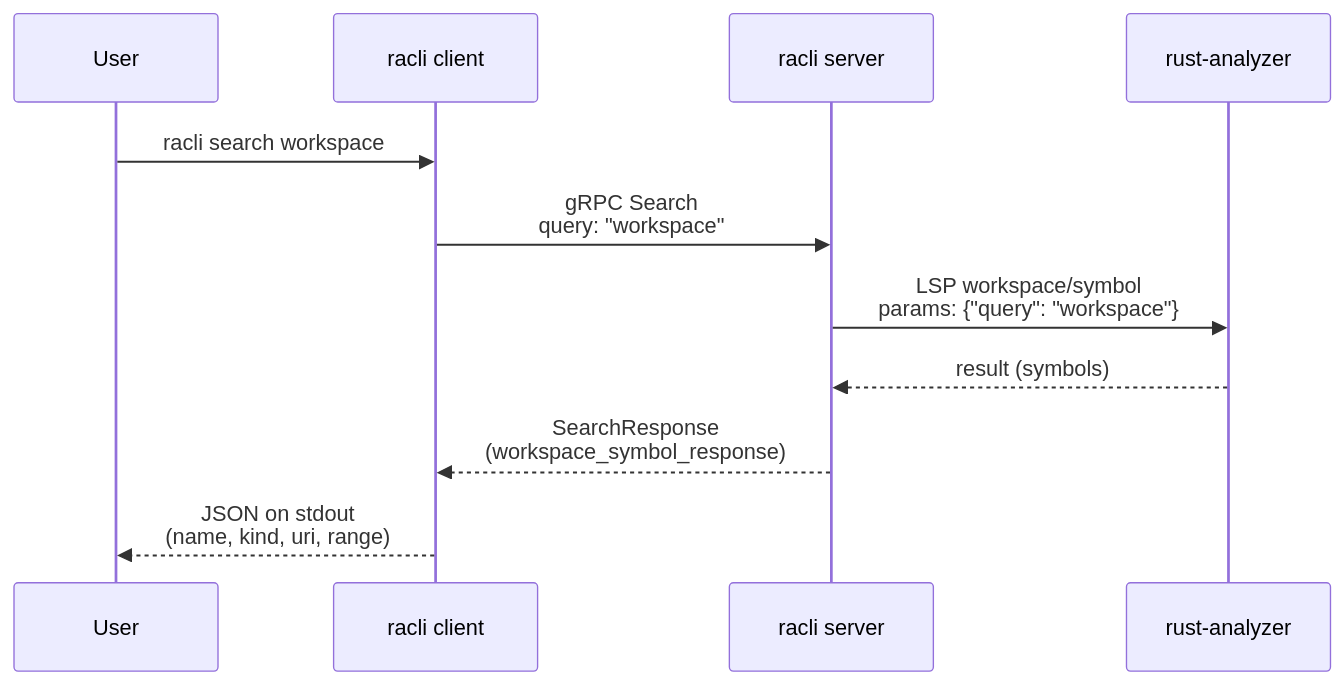
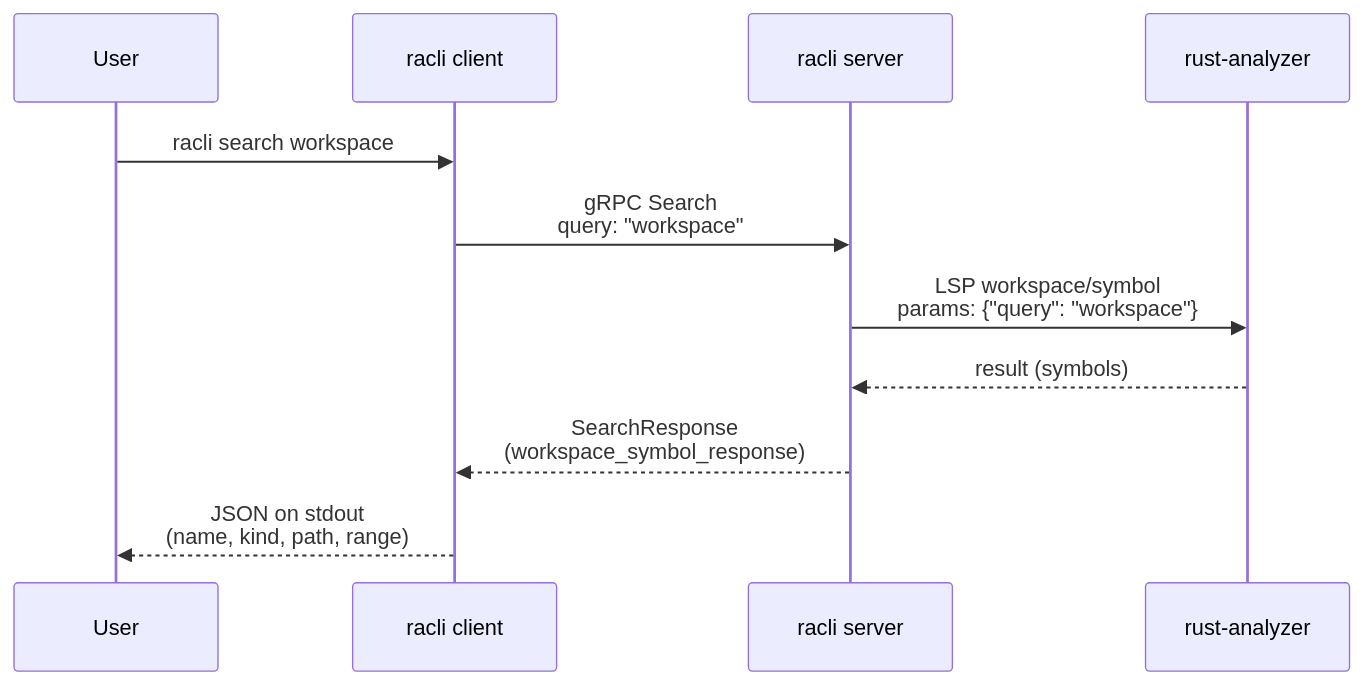
One commit to aisrael/racli changed the second of 6 diagrams in docs/high-level-architecture.md. Above: the diagram before and after it, drawn with Mermaid. The commit also changed 13 other files, not shown here.

````diff
--- a/docs/high-level-architecture.md
+++ b/docs/high-level-architecture.md
@@ -23,14 +23,14 @@
 ```mermaid
 sequenceDiagram
     participant User
     participant Client as racli client
     participant Server as racli server
     participant RA as rust-analyzer
 
     User->>Client: racli search workspace
     Client->>Server: gRPC Search<br/>query: "workspace"
     Server->>RA: LSP workspace/symbol<br/>params: {"query": "workspace"}
     RA-->>Server: result (symbols)
     Server-->>Client: SearchResponse<br/>(workspace_symbol_response)
-    Client-->>User: JSON on stdout<br/>(name, kind, uri, range)
+    Client-->>User: JSON on stdout<br/>(name, kind, path, range)
 ```
````
